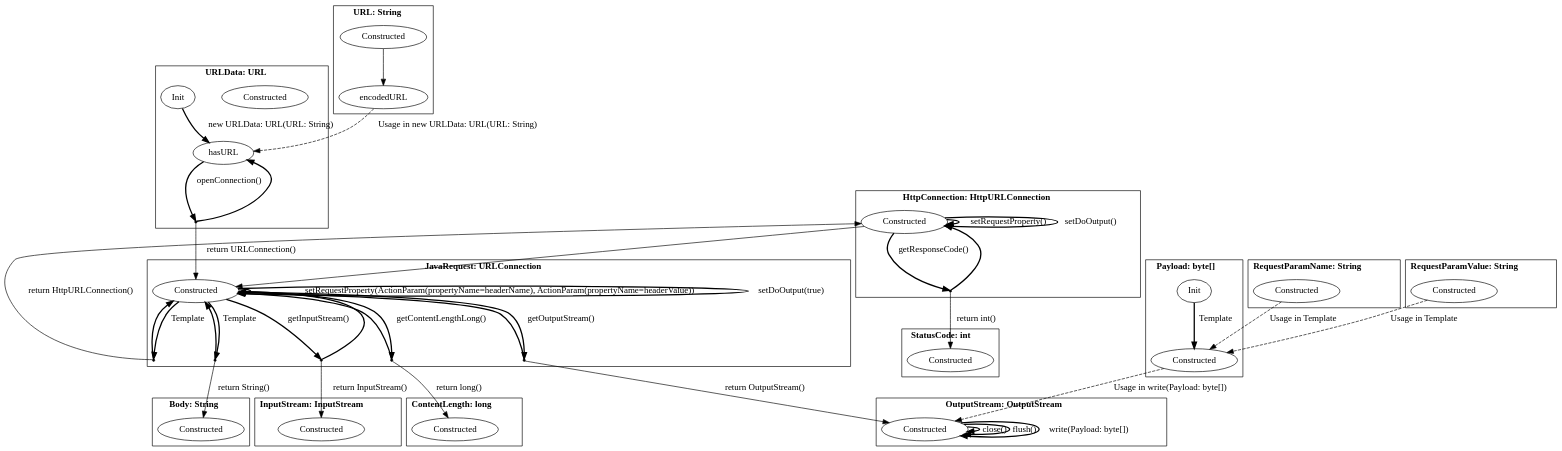
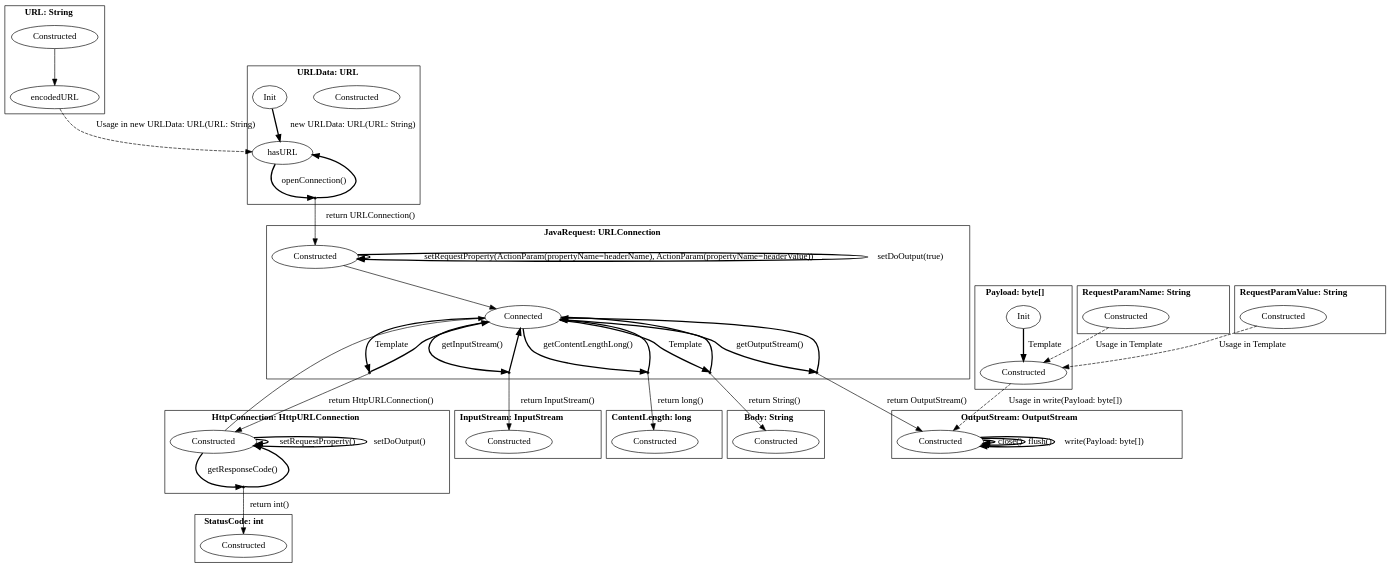
One commit to h31/LibraryMigration changed the diagram in pictures/java.dot. Above: the diagram before and after it, drawn with Graphviz. The commit also changed 5 other files, not shown here.

```diff
--- a/pictures/java.dot
+++ b/pictures/java.dot
@@ -1,98 +1,100 @@
 digraph G {
     bgcolor="transparent";
     subgraph cluster0 {
     label = <<B>URL: String</B>>;
         Constructed_URL [ label="Constructed" ];
         encodedURL_URL [ label="encodedURL" ];
     }
     subgraph cluster1 {
     label = <<B>URLData: URL</B>>;
         Constructed_URLData [ label="Constructed" ];
         hasURL_URLData [ label="hasURL" ];
         Init_URLData [ label="Init" ];
         virtual0 [ shape = point ];
     }
     subgraph cluster2 {
     label = <<B>JavaRequest: URLConnection</B>>;
         Constructed_JavaRequest [ label="Constructed" ];
+        Connected_JavaRequest [ label="Connected" ];
         virtual1 [ shape = point ];
         virtual2 [ shape = point ];
         virtual3 [ shape = point ];
         virtual4 [ shape = point ];
         virtual5 [ shape = point ];
     }
     subgraph cluster3 {
     label = <<B>Body: String</B>>;
         Constructed_Body [ label="Constructed" ];
     }
     subgraph cluster4 {
     label = <<B>InputStream: InputStream</B>>;
         Constructed_InputStream [ label="Constructed" ];
     }
     subgraph cluster5 {
     label = <<B>ContentLength: long</B>>;
         Constructed_ContentLength [ label="Constructed" ];
     }
     subgraph cluster6 {
     label = <<B>StatusCode: int</B>>;
         Constructed_StatusCode [ label="Constructed" ];
     }
     subgraph cluster7 {
     label = <<B>HttpConnection: HttpURLConnection</B>>;
         Constructed_HttpConnection [ label="Constructed" ];
         virtual6 [ shape = point ];
     }
     subgraph cluster8 {
     label = <<B>OutputStream: OutputStream</B>>;
         Constructed_OutputStream [ label="Constructed" ];
     }
     subgraph cluster9 {
     label = <<B>Payload: byte[]</B>>;
         Constructed_Payload [ label="Constructed" ];
         Init_Payload [ label="Init" ];
     }
     subgraph cluster10 {
     label = <<B>RequestParamName: String</B>>;
         Constructed_RequestParamName [ label="Constructed" ];
     }
     subgraph cluster11 {
     label = <<B>RequestParamValue: String</B>>;
         Constructed_RequestParamValue [ label="Constructed" ];
     }
         Constructed_URL -> encodedURL_URL [ label="", style = "solid"  ];
         encodedURL_URL -> hasURL_URLData [ label="Usage in new URLData: URL(URL: String)", style = "dashed"  ];
         Init_URLData -> hasURL_URLData [ label="new URLData: URL(URL: String)", style = "bold"  ];
         hasURL_URLData -> virtual0 [ style = "bold" label="openConnection()"  ];
         virtual0 -> hasURL_URLData [ style = "bold"  ];
         virtual0 -> Constructed_JavaRequest [ label="return URLConnection()"  ];
-        Constructed_JavaRequest -> virtual1 [ style = "bold" label="Template"  ];
-        virtual1 -> Constructed_JavaRequest [ style = "bold"  ];
+        Constructed_JavaRequest -> Connected_JavaRequest [ label="", style = "solid"  ];
+        Connected_JavaRequest -> virtual1 [ style = "bold" label="Template"  ];
+        virtual1 -> Connected_JavaRequest [ style = "bold"  ];
         virtual1 -> Constructed_Body [ label="return String()"  ];
-        Constructed_JavaRequest -> virtual2 [ style = "bold" label="getInputStream()"  ];
-        virtual2 -> Constructed_JavaRequest [ style = "bold"  ];
+        Connected_JavaRequest -> virtual2 [ style = "bold" label="getInputStream()"  ];
+        virtual2 -> Connected_JavaRequest [ style = "bold"  ];
         virtual2 -> Constructed_InputStream [ label="return InputStream()"  ];
         Constructed_JavaRequest -> Constructed_JavaRequest [ label="setRequestProperty(ActionParam(propertyName&#x3D;headerName), ActionParam(propertyName&#x3D;headerValue))", style = "bold"  ];
         Constructed_JavaRequest -> Constructed_JavaRequest [ label="setDoOutput(true)", style = "bold"  ];
-        Constructed_JavaRequest -> virtual3 [ style = "bold" label="getContentLengthLong()"  ];
-        virtual3 -> Constructed_JavaRequest [ style = "bold"  ];
+        Connected_JavaRequest -> virtual3 [ style = "bold" label="getContentLengthLong()"  ];
+        virtual3 -> Connected_JavaRequest [ style = "bold"  ];
         virtual3 -> Constructed_ContentLength [ label="return long()"  ];
-        Constructed_JavaRequest -> virtual4 [ style = "bold" label="getOutputStream()"  ];
-        virtual4 -> Constructed_JavaRequest [ style = "bold"  ];
+        Connected_JavaRequest -> virtual4 [ style = "bold" label="getOutputStream()"  ];
+        virtual4 -> Connected_JavaRequest [ style = "bold"  ];
         virtual4 -> Constructed_OutputStream [ label="return OutputStream()"  ];
-        Constructed_JavaRequest -> virtual5 [ style = "bold" label="Template"  ];
-        virtual5 -> Constructed_JavaRequest [ style = "bold"  ];
+        Connected_JavaRequest -> virtual5 [ style = "bold" label="Template"  ];
+        virtual5 -> Connected_JavaRequest [ style = "bold"  ];
         virtual5 -> Constructed_HttpConnection [ label="return HttpURLConnection()"  ];
-        Constructed_HttpConnection -> Constructed_JavaRequest [ label="", style = "solid"  ];
+        Constructed_HttpConnection -> Connected_JavaRequest [ label="", style = "solid"  ];
         Constructed_HttpConnection -> virtual6 [ style = "bold" label="getResponseCode()"  ];
         virtual6 -> Constructed_HttpConnection [ style = "bold"  ];
         virtual6 -> Constructed_StatusCode [ label="return int()"  ];
         Constructed_HttpConnection -> Constructed_HttpConnection [ label="setRequestProperty()", style = "bold"  ];
         Constructed_HttpConnection -> Constructed_HttpConnection [ label="setDoOutput()", style = "bold"  ];
         Constructed_OutputStream -> Constructed_OutputStream [ label="close()", style = "bold"  ];
         Constructed_OutputStream -> Constructed_OutputStream [ label="flush()", style = "bold"  ];
         Constructed_OutputStream -> Constructed_OutputStream [ label="write(Payload: byte[])", style = "bold"  ];
         Init_Payload -> Constructed_Payload [ label="Template", style = "bold"  ];
         Constructed_Payload -> Constructed_OutputStream [ label="Usage in write(Payload: byte[])", style = "dashed"  ];
         Constructed_RequestParamName -> Constructed_Payload [ label="Usage in Template", style = "dashed"  ];
         Constructed_RequestParamValue -> Constructed_Payload [ label="Usage in Template", style = "dashed"  ];
 }
```
